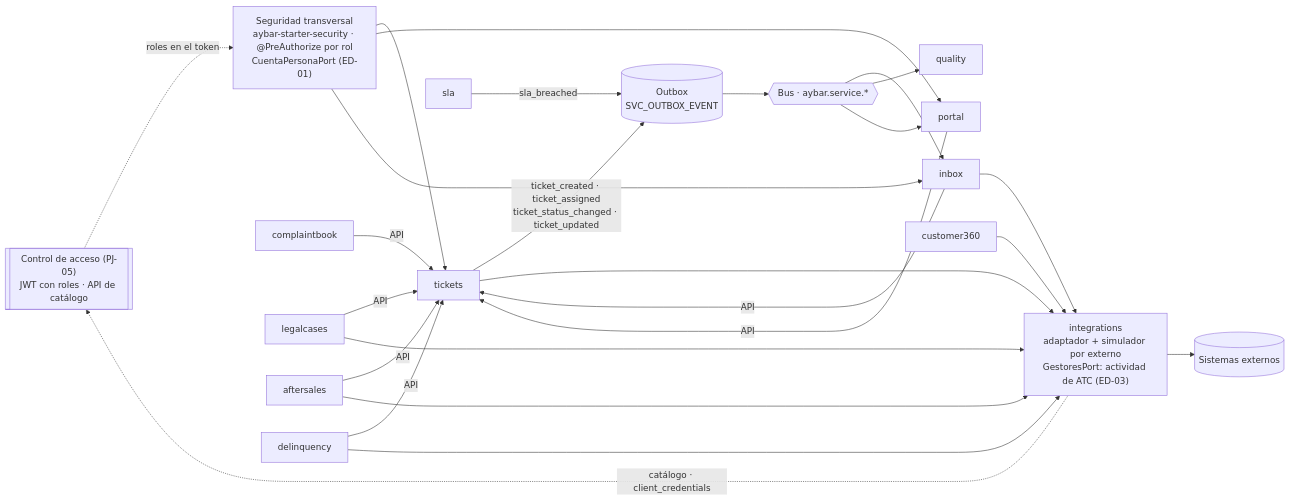
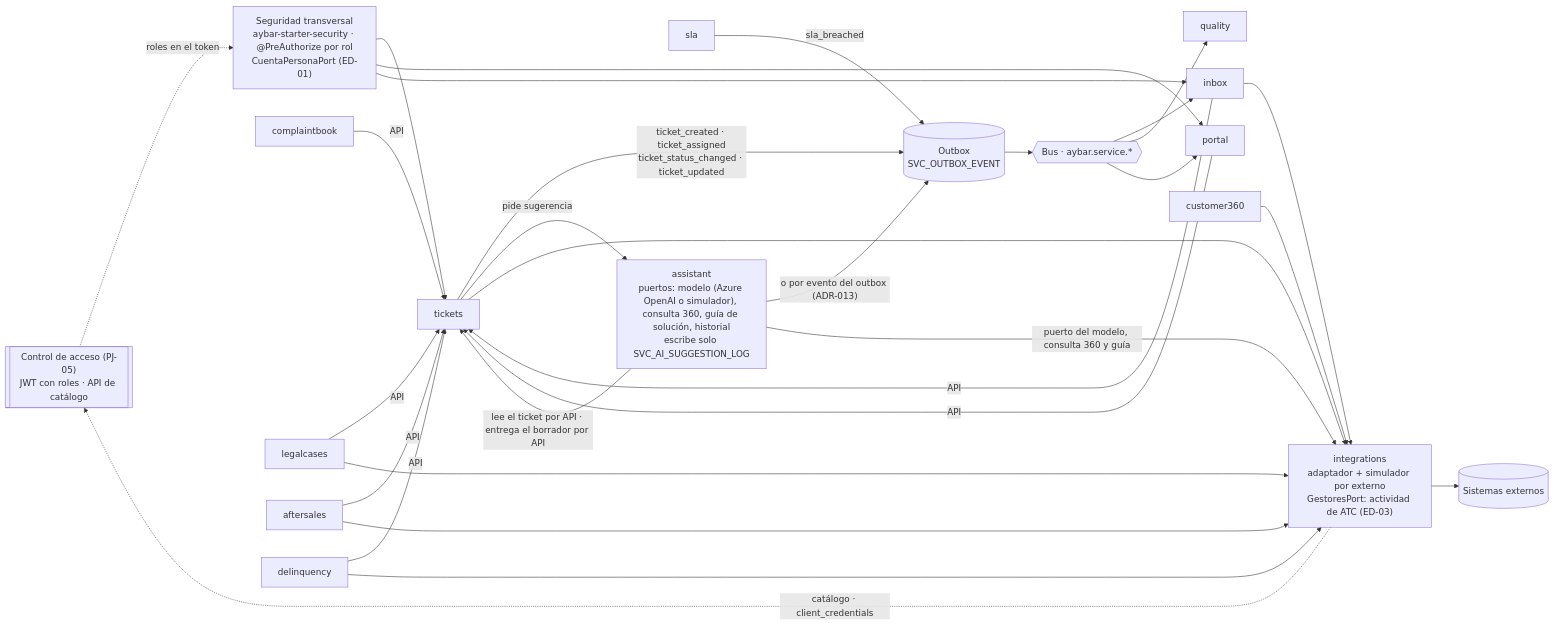
Before and after one commit to michel-poma-huachihuaco/tyc-mockup: the diagram in docs/arquitectura/modulos.mmd, drawn with Mermaid. The commit also changed 79 other files, not shown here.

```diff
--- a/docs/arquitectura/modulos.mmd
+++ b/docs/arquitectura/modulos.mmd
@@ -1,44 +1,50 @@
 flowchart LR
   ctrl[["Control de acceso (PJ-05)<br/>JWT con roles · API de catálogo"]]
   sec["Seguridad transversal<br/>aybar-starter-security · @PreAuthorize por rol<br/>CuentaPersonaPort (ED-01)"]
   tickets[tickets]
   sla[sla]
   cbook[complaintbook]
   lcases[legalcases]
   aftersales[aftersales]
   portal[portal]
   quality[quality]
   inbox[inbox]
   c360[customer360]
   delinq[delinquency]
   integ["integrations<br/>adaptador + simulador por externo<br/>GestoresPort: actividad de ATC (ED-03)"]
+  asst["assistant<br/>puertos: modelo (Azure OpenAI o simulador), consulta 360, guía de solución, historial<br/>escribe solo SVC_AI_SUGGESTION_LOG"]
   outbox[("Outbox<br/>SVC_OUTBOX_EVENT")]
   bus{{"Bus · aybar.service.*"}}
   ctrl -. "roles en el token" .-> sec
   sec --> tickets
   sec --> portal
   sec --> inbox
   integ -. "catálogo · client_credentials" .-> ctrl
   portal -- API --> tickets
   cbook -- API --> tickets
   lcases -- API --> tickets
   aftersales -- API --> tickets
   delinq -- API --> tickets
   inbox -- API --> tickets
   tickets -- "ticket_created · ticket_assigned<br/>ticket_status_changed · ticket_updated" --> outbox
   sla -- sla_breached --> outbox
   outbox --> bus
   bus --> inbox
   bus --> quality
   bus --> portal
+  tickets -- "pide sugerencia" --> asst
+  asst -- "lee el ticket por API · entrega el borrador por API" --> tickets
+  asst -- "o por evento del outbox (ADR-013)" --> outbox
+  asst -- "puerto del modelo, consulta 360 y guía" --> integ
   c360 --> integ
   delinq --> integ
   lcases --> integ
   aftersales --> integ
   tickets --> integ
   inbox --> integ
   integ --> ext[(Sistemas externos)]
 %% Generado por IA (Claude, 2026-10-22), versión base v1 de Nexora; actualizado con DT-03 y ADR-001: sin módulo identidad y módulos en inglés. — Revisado por: (pendiente)
 %% Historial: 0.3 · 2026-10-26 · Brayan Hurtado, con IA · eventos por el outbox con los tópicos del SDK (ADR-013); seguridad transversal con roles del token; integrations con GestoresPort y el registro del catálogo en Control de acceso (ADR-009)
 %% Historial: 0.4 · 2026-10-26 · Brayan Hurtado, con IA · decisiones del equipo de analisis/decisiones.md v0.7: CuentaPersonaPort en la seguridad transversal (ED-01) y GestoresPort con datos de ATC (ED-03)
 %% Historial: 0.5 · 2026-10-28 · Jesús Chávez Elías, con IA · cruce del Líder Técnico del 28-oct (C14): CuentaPersonaPort lee el claim party_id (S28-4); ED-01 ya no es lectura de IDN_USER_ACCOUNT
+%% Historial: 0.6 · 2026-11-03 · Jesús Chávez Elías, con IA · Núcleo de IA en la Etapa 1 (ED-29, ADR-007 v0.9): se dibuja el módulo assistant con sus puertos y su única tabla (SVC_AI_SUGGESTION_LOG); entrega por la API de tickets o por outbox
```
